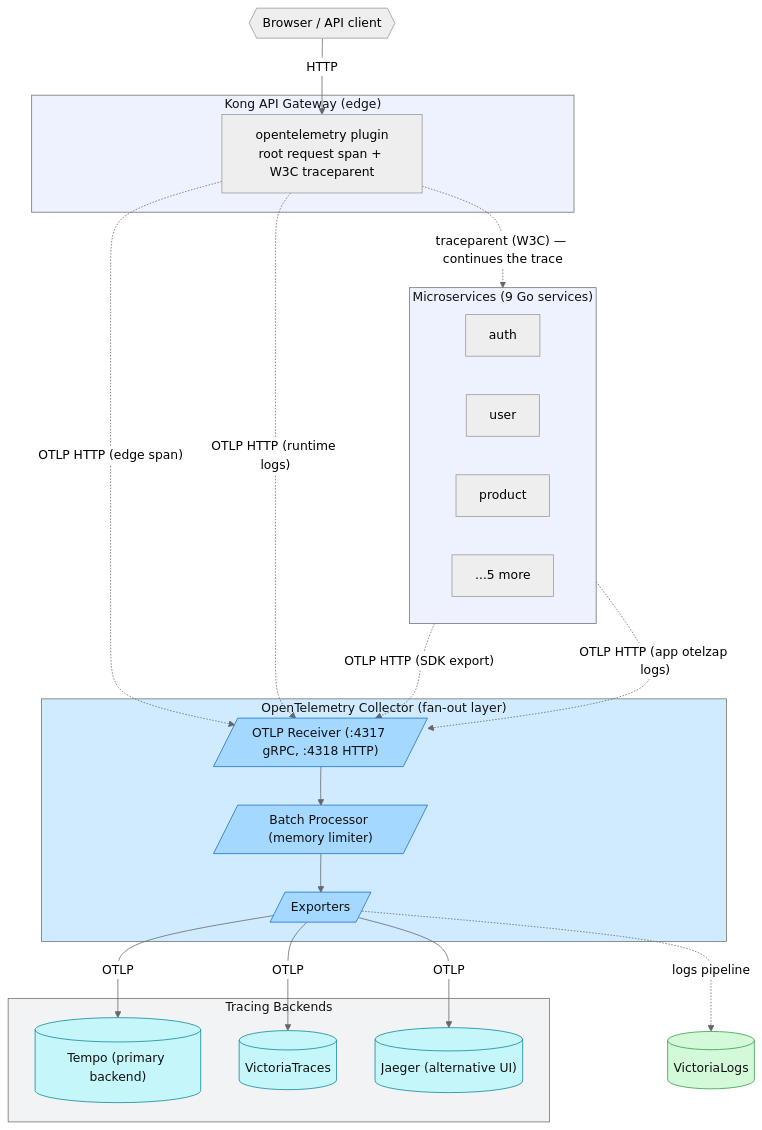
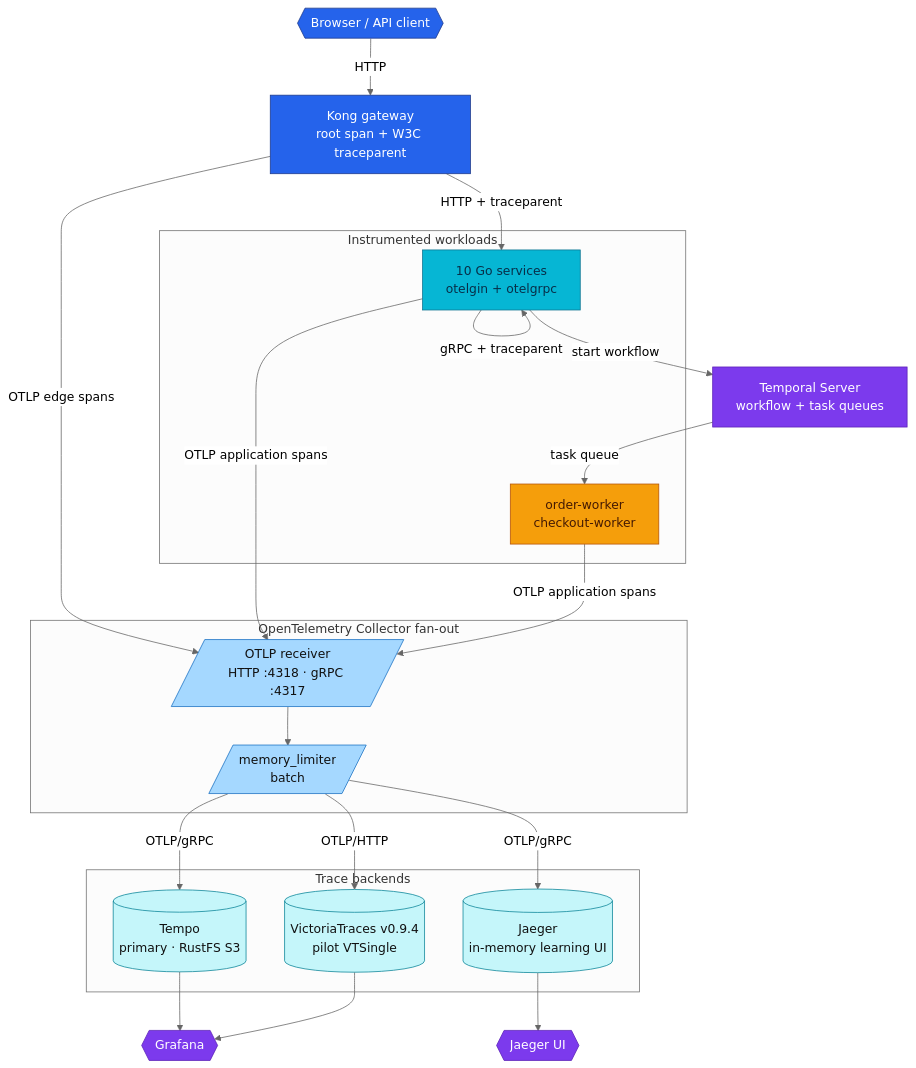
The first of 2 diagrams in docs/observability/tracing/architecture.md (duynhlab/homelab), drawn with Mermaid (neutral theme) before and after one commit. The commit also changed other lines of this file and 33 other files, not shown here.

First line of the commit message:
Refresh observability diagrams (#516)

````diff
--- a/docs/observability/tracing/architecture.md
+++ b/docs/observability/tracing/architecture.md
@@ -11,50 +11,54 @@
 ```mermaid
 flowchart TB
     Client{{"Browser / API client"}}
+    Kong["Kong gateway<br/>root span + W3C traceparent"]
 
-    subgraph Edge["Kong API Gateway (edge)"]
-        Kong["opentelemetry plugin<br/>root request span + W3C traceparent"]
+    subgraph workloads["Instrumented workloads"]
+        Services["10 Go services<br/>otelgin + otelgrpc"]
+        Workers["order-worker<br/>checkout-worker"]
+    end
+    Temporal["Temporal Server<br/>workflow + task queues"]
+
+
+    subgraph collectorNode["OpenTelemetry Collector fan-out"]
+        Receiver[/"OTLP receiver<br/>HTTP :4318 · gRPC :4317"/]
+        Processors[/"memory_limiter<br/>batch"/]
+        Receiver --> Processors
     end
 
-    subgraph Apps["Microservices (9 Go services)"]
-        Auth[auth]
-        User[user]
-        Product[product]
-        Others[...5 more]
+    subgraph backends["Trace backends"]
+        Tempo[("Tempo<br/>primary · RustFS S3")]
+        Jaeger[("Jaeger<br/>in-memory learning UI")]
+        VT[("VictoriaTraces v0.9.4<br/>pilot VTSingle")]
     end
 
-    subgraph OTelCollector["OpenTelemetry Collector (fan-out layer)"]
-        Receiver[/"OTLP Receiver (:4317 gRPC, :4318 HTTP)"/]
-        Processor[/"Batch Processor (memory limiter)"/]
-        Exporter[/"Exporters"/]
-    end
+    Grafana{{"Grafana"}}
+    JaegerUI{{"Jaeger UI"}}
 
-    subgraph Backends["Tracing Backends"]
-        Tempo[("Tempo (primary backend)")]
-        VT[("VictoriaTraces")]
-        Jaeger[("Jaeger (alternative UI)")]
-    end
+    Client -->|"HTTP"| Kong
+    Kong -->|"HTTP + traceparent"| Services
+    Services -->|"gRPC + traceparent"| Services
+    Services -->|"start workflow"| Temporal
+    Temporal -->|"task queue"| Workers
+    Kong -->|"OTLP edge spans"| Receiver
+    Services & Workers -->|"OTLP application spans"| Receiver
+    Processors -->|"OTLP/gRPC"| Tempo
+    Processors -->|"OTLP/gRPC"| Jaeger
+    Processors -->|"OTLP/HTTP"| VT
+    Tempo --> Grafana
+    VT --> Grafana
+    Jaeger --> JaegerUI
 
-    Client -->|HTTP| Kong
-    Kong -.->|"traceparent (W3C) — continues the trace"| Apps
-    Kong -.->|"OTLP HTTP (edge span)"| Receiver
-    Apps -.->|"OTLP HTTP (SDK export)"| Receiver
-    Receiver --> Processor
-    Processor --> Exporter
-    Exporter -->|OTLP| Tempo
-    Exporter -->|OTLP| VT
-    Exporter -->|OTLP| Jaeger
-    Kong -.->|"OTLP HTTP (runtime logs)"| Receiver
-    Apps -.->|"OTLP HTTP (app otelzap logs)"| Receiver
-    Exporter -.->|"logs pipeline"| VLogs[("VictoriaLogs")]
-    classDef otc fill:#a5d8ff,stroke:#1971c2,color:#111;
-    classDef trace fill:#c5f6fa,stroke:#0c8599,color:#111;
-    classDef log fill:#d3f9d8,stroke:#2f9e44,color:#111;
-    class Receiver,Processor,Exporter otc;
-    class Tempo,VT,Jaeger trace;
-    class VLogs log;
-    style Edge fill:#eef2ff,color:#111;
-    style Apps fill:#eef2ff,color:#111;
-    style OTelCollector fill:#d0ebff,color:#111;
-    style Backends fill:#f1f3f5,color:#111;
+    classDef edge fill:#2563eb,color:#fff,stroke:#1e3a8a;
+    classDef service fill:#06b6d4,color:#082f49,stroke:#0e7490;
+    classDef worker fill:#f59e0b,color:#451a03,stroke:#b45309;
+    classDef platform fill:#7c3aed,color:#fff,stroke:#5b21b6;
+    classDef trace fill:#c5f6fa,color:#111,stroke:#0c8599;
+    classDef collector fill:#a5d8ff,color:#111,stroke:#1971c2;
+    class Client,Kong edge;
+    class Services service;
+    class Workers worker;
+    class Receiver,Processors collector;
+    class Tempo,Jaeger,VT trace;
+    class Temporal,Grafana,JaegerUI platform;
 ```
````
